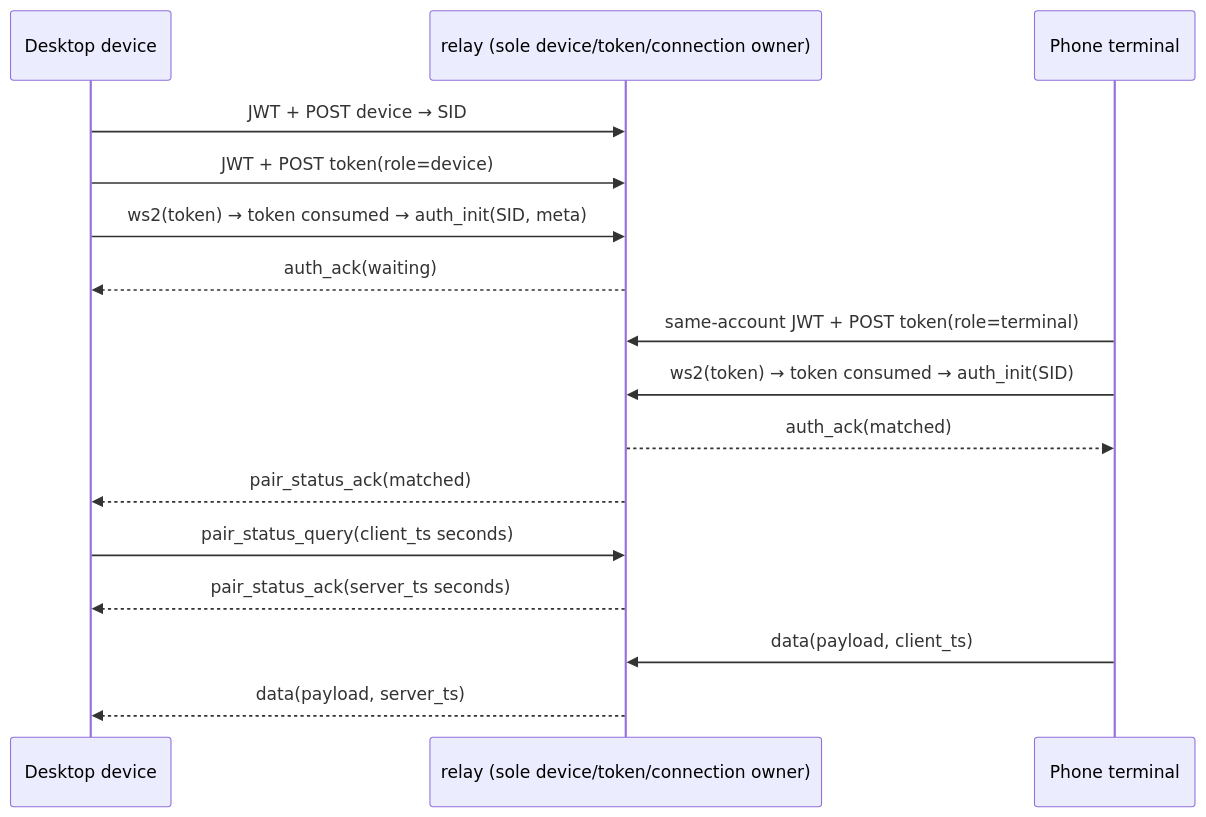
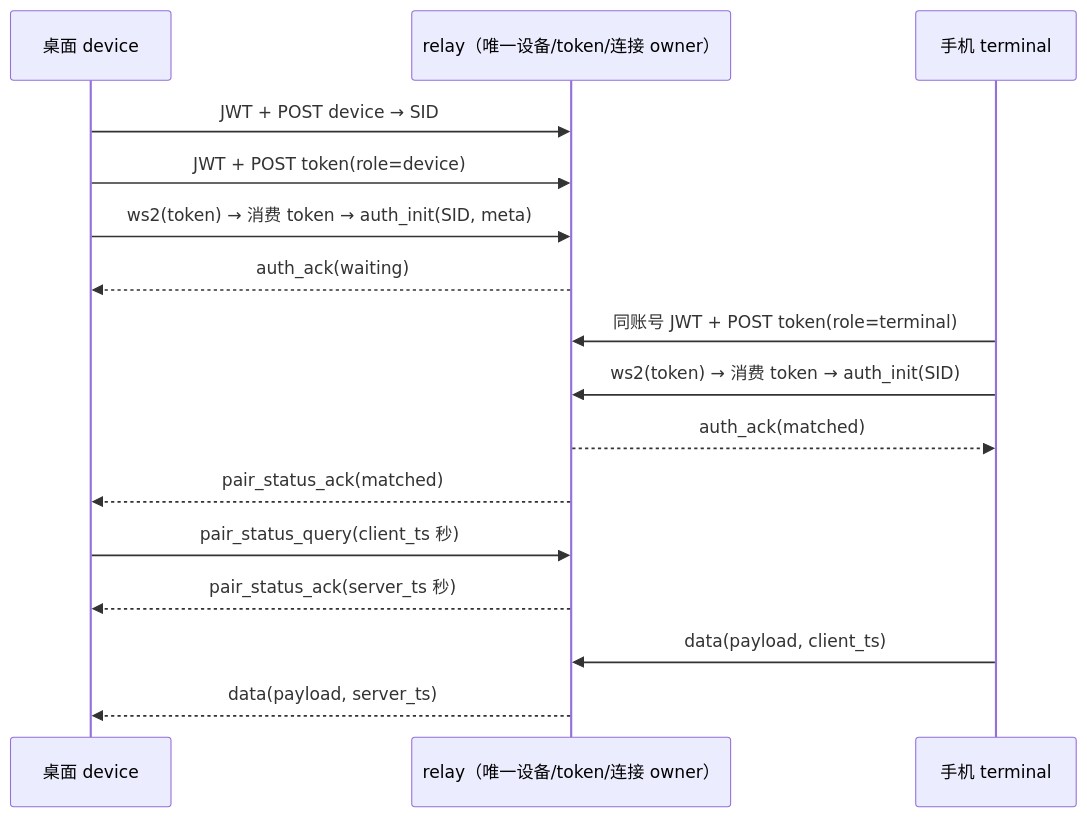
Before and after one commit to osben/ZCode: the first of 6 diagrams in docs/web-remote-control/relay-v2-pairing.md, drawn with Mermaid. The commit also changed other lines of this file and 5391 other files, not shown here.

````diff
--- a/docs/web-remote-control/relay-v2-pairing.md
+++ b/docs/web-remote-control/relay-v2-pairing.md
@@ -77,18 +44,18 @@
 ```mermaid
 sequenceDiagram
-    participant D as Desktop device
-    participant R as relay (sole device/token/connection owner)
-    participant T as Phone terminal
+    participant D as 桌面 device
+    participant R as relay（唯一设备/token/连接 owner）
+    participant T as 手机 terminal
     D->>R: JWT + POST device → SID
     D->>R: JWT + POST token(role=device)
-    D->>R: ws2(token) → token consumed → auth_init(SID, meta)
+    D->>R: ws2(token) → 消费 token → auth_init(SID, meta)
     R-->>D: auth_ack(waiting)
-    T->>R: same-account JWT + POST token(role=terminal)
-    T->>R: ws2(token) → token consumed → auth_init(SID)
+    T->>R: 同账号 JWT + POST token(role=terminal)
+    T->>R: ws2(token) → 消费 token → auth_init(SID)
     R-->>T: auth_ack(matched)
     R-->>D: pair_status_ack(matched)
-    D->>R: pair_status_query(client_ts seconds)
-    R-->>D: pair_status_ack(server_ts seconds)
+    D->>R: pair_status_query(client_ts 秒)
+    R-->>D: pair_status_ack(server_ts 秒)
     T->>R: data(payload, client_ts)
     R-->>D: data(payload, server_ts)
 ```
````
